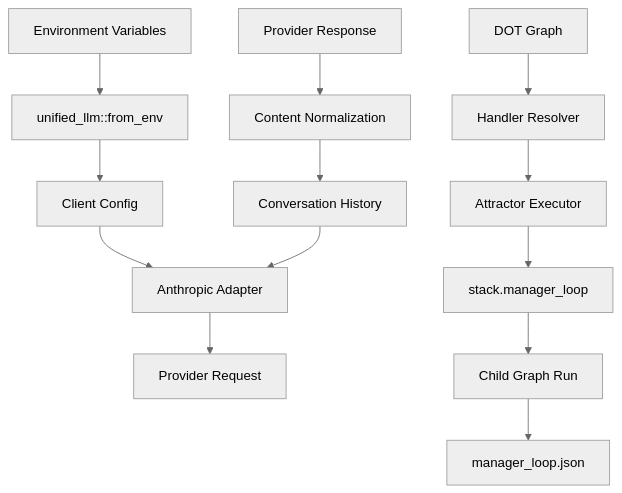
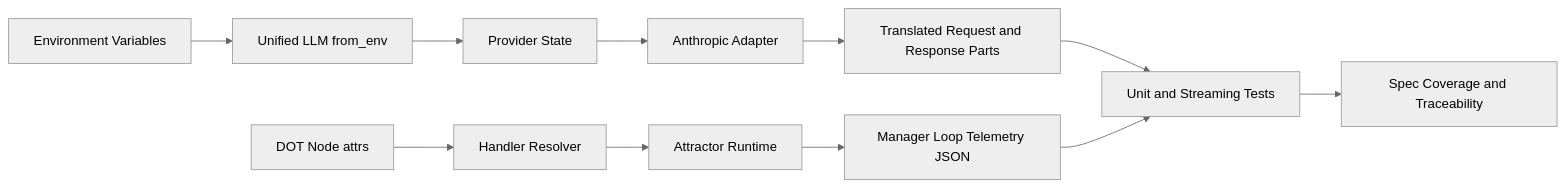
One commit to jaytaylor/attractor-tcl changed the fourth of 5 diagrams in docs/sprints/SPRINT-006-nlspec-adherence-gap-closure.md. Above: the diagram before and after it, drawn with Mermaid (neutral theme). The commit also changed other lines of this file, not shown here.

````diff
--- a/docs/sprints/SPRINT-006-nlspec-adherence-gap-closure.md
+++ b/docs/sprints/SPRINT-006-nlspec-adherence-gap-closure.md
@@ -968,16 +1414,15 @@
 ```mermaid
-flowchart TD
-  ENV[Environment Variables] --> FROMENV[unified_llm::from_env]
-  FROMENV --> CLIENTCFG[Client Config]
-  CLIENTCFG --> ADAPTER[Anthropic Adapter]
-  ADAPTER --> REQ[Provider Request]
-  RESP[Provider Response] --> NORMALIZE[Content Normalization]
-  NORMALIZE --> HISTORY[Conversation History]
-  HISTORY --> ADAPTER
+flowchart LR
+  N[DOT Node attrs] --> R[Handler Resolver]
+  R --> M[Attractor Runtime]
+  M --> T[Manager Loop Telemetry JSON]
 
-  DOT[DOT Graph] --> RESOLVER[Handler Resolver]
-  RESOLVER --> EXEC[Attractor Executor]
-  EXEC --> LOOP[stack.manager_loop]
-  LOOP --> CHILD[Child Graph Run]
-  CHILD --> TELEMETRY[manager_loop.json]
+  E[Environment Variables] --> U[Unified LLM from_env]
+  U --> P[Provider State]
+  P --> A[Anthropic Adapter]
+  A --> X[Translated Request and Response Parts]
+
+  X --> S[Unit and Streaming Tests]
+  T --> S
+  S --> V[Spec Coverage and Traceability]
 ```
````
